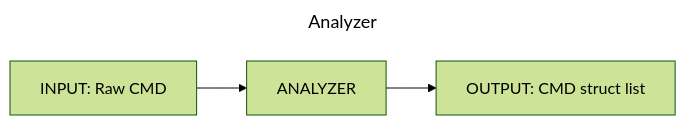
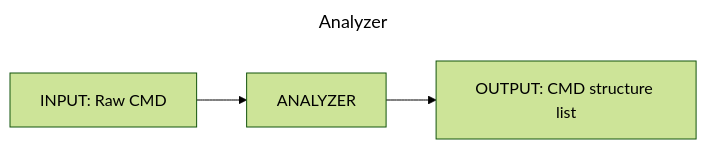
The first of 3 diagrams in docs/README.md (3lsy/minishell), drawn with Mermaid (forest theme) before and after one commit. The commit also changed other lines of this file, not shown here.

````diff
--- a/docs/README.md
+++ b/docs/README.md
@@ -11,11 +11,11 @@
 ```mermaid
 ---
 title: Analyzer
 ---
 flowchart LR
     input["INPUT: Raw CMD"]
     analyzer["ANALYZER"]
-    output["OUTPUT: CMD struct list"]
+    output["OUTPUT: CMD structure list"]
     input --> analyzer
     analyzer --> output
 ```
````
